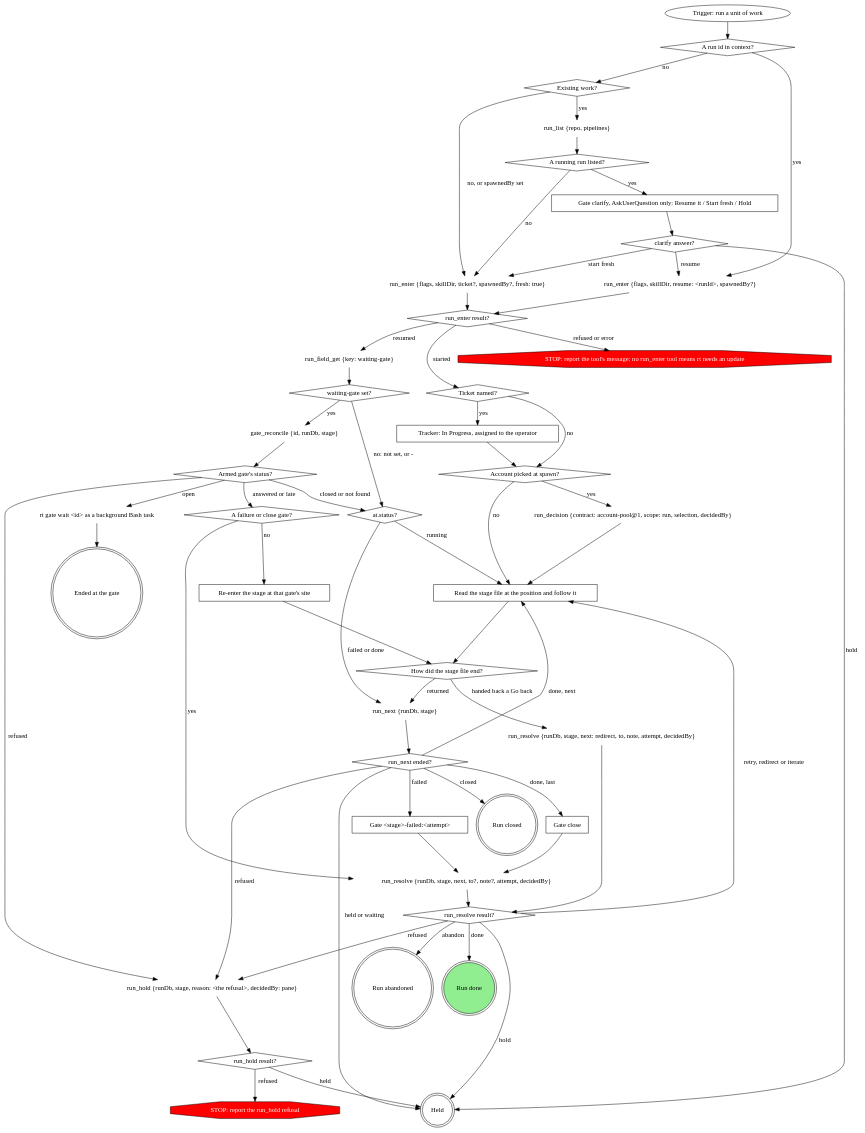
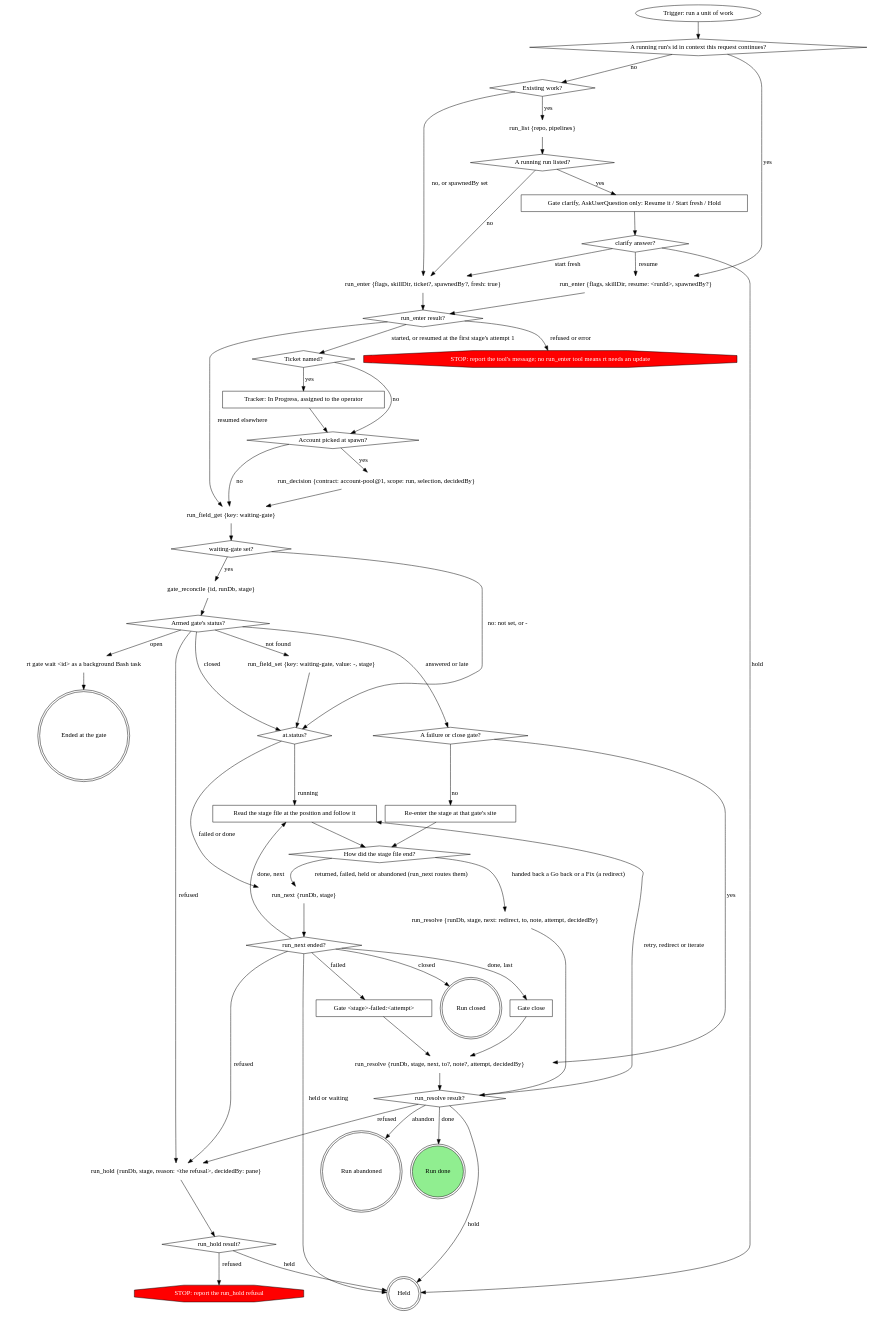
One commit to m4ttstack/mattstack changed the diagram in plugins/mattstack/attachments/pipeline/work/SKILL.md. Above: the diagram before and after it, drawn with Graphviz. The commit also changed other lines of this file, not shown here.

Commit message:
work: final-review fixes
Stage endings route failed, held and abandoned through run_next and a
watch-ci Fix through run_resolve; only a running run's id resumes; a
herd-started run takes the Ticket and Account steps; a not-found armed
gate clears waiting-gate; resume re-enters at the write-in diamond.

````diff
--- a/plugins/mattstack/attachments/pipeline/work/SKILL.md
+++ b/plugins/mattstack/attachments/pipeline/work/SKILL.md
@@ -32,7 +32,7 @@
 ```dot
 digraph work {
     "Trigger: run a unit of work" [shape=ellipse];
-    "A run id in context?" [shape=diamond];
+    "A running run's id in context this request continues?" [shape=diamond];
     "Existing work?" [shape=diamond];
     "run_list {repo, pipelines}" [shape=plaintext];
     "A running run listed?" [shape=diamond];
@@ -49,6 +49,7 @@
     "run_field_get {key: waiting-gate}" [shape=plaintext];
     "waiting-gate set?" [shape=diamond];
     "gate_reconcile {id, runDb, stage}" [shape=plaintext];
+    "run_field_set {key: waiting-gate, value: -, stage}" [shape=plaintext];
     "Armed gate's status?" [shape=diamond];
     "A failure or close gate?" [shape=diamond];
     "rt gate wait <id> as a background Bash task" [shape=plaintext];
@@ -72,9 +73,9 @@
     "Run abandoned" [shape=doublecircle];
     "Run done" [shape=doublecircle style=filled fillcolor=lightgreen];
 
-    "Trigger: run a unit of work" -> "A run id in context?";
-    "A run id in context?" -> "run_enter {flags, skillDir, resume: <runId>, spawnedBy?}" [label="yes"];
-    "A run id in context?" -> "Existing work?" [label="no"];
+    "Trigger: run a unit of work" -> "A running run's id in context this request continues?";
+    "A running run's id in context this request continues?" -> "run_enter {flags, skillDir, resume: <runId>, spawnedBy?}" [label="yes"];
+    "A running run's id in context this request continues?" -> "Existing work?" [label="no"];
     "Existing work?" -> "run_list {repo, pipelines}" [label="yes"];
     "Existing work?" -> "run_enter {flags, skillDir, ticket?, spawnedBy?, fresh: true}" [label="no, or spawnedBy set"];
     "run_list {repo, pipelines}" -> "A running run listed?";
@@ -86,22 +87,25 @@
     "clarify answer?" -> "Held" [label="hold"];
     "run_enter {flags, skillDir, resume: <runId>, spawnedBy?}" -> "run_enter result?";
     "run_enter {flags, skillDir, ticket?, spawnedBy?, fresh: true}" -> "run_enter result?";
-    "run_enter result?" -> "Ticket named?" [label="started"];
-    "run_enter result?" -> "run_field_get {key: waiting-gate}" [label="resumed"];
+    "run_enter result?" -> "Ticket named?" [label="started, or resumed at the first stage's attempt 1"];
+    "run_enter result?" -> "run_field_get {key: waiting-gate}" [label="resumed elsewhere"];
     "run_enter result?" -> "STOP: report the tool's message; no run_enter tool means rt needs an update" [label="refused or error"];
     "Ticket named?" -> "Tracker: In Progress, assigned to the operator" [label="yes"];
     "Ticket named?" -> "Account picked at spawn?" [label="no"];
     "Tracker: In Progress, assigned to the operator" -> "Account picked at spawn?";
     "Account picked at spawn?" -> "run_decision {contract: account-pool@1, scope: run, selection, decidedBy}" [label="yes"];
-    "Account picked at spawn?" -> "Read the stage file at the position and follow it" [label="no"];
-    "run_decision {contract: account-pool@1, scope: run, selection, decidedBy}" -> "Read the stage file at the position and follow it" -> "How did the stage file end?";
+    "Account picked at spawn?" -> "run_field_get {key: waiting-gate}" [label="no"];
+    "run_decision {contract: account-pool@1, scope: run, selection, decidedBy}" -> "run_field_get {key: waiting-gate}";
+    "Read the stage file at the position and follow it" -> "How did the stage file end?";
     "run_field_get {key: waiting-gate}" -> "waiting-gate set?";
     "waiting-gate set?" -> "gate_reconcile {id, runDb, stage}" [label="yes"];
     "waiting-gate set?" -> "at.status?" [label="no: not set, or -"];
     "gate_reconcile {id, runDb, stage}" -> "Armed gate's status?";
     "Armed gate's status?" -> "A failure or close gate?" [label="answered or late"];
     "Armed gate's status?" -> "rt gate wait <id> as a background Bash task" [label="open"];
-    "Armed gate's status?" -> "at.status?" [label="closed or not found"];
+    "Armed gate's status?" -> "at.status?" [label="closed"];
+    "Armed gate's status?" -> "run_field_set {key: waiting-gate, value: -, stage}" [label="not found"];
+    "run_field_set {key: waiting-gate, value: -, stage}" -> "at.status?";
     "Armed gate's status?" -> "run_hold {runDb, stage, reason: <the refusal>, decidedBy: pane}" [label="refused"];
     "A failure or close gate?" -> "run_resolve {runDb, stage, next, to?, note?, attempt, decidedBy}" [label="yes"];
     "A failure or close gate?" -> "Re-enter the stage at that gate's site" [label="no"];
@@ -109,8 +113,8 @@
     "Re-enter the stage at that gate's site" -> "How did the stage file end?";
     "at.status?" -> "Read the stage file at the position and follow it" [label="running"];
     "at.status?" -> "run_next {runDb, stage}" [label="failed or done"];
-    "How did the stage file end?" -> "run_next {runDb, stage}" [label="returned"];
-    "How did the stage file end?" -> "run_resolve {runDb, stage, next: redirect, to, note, attempt, decidedBy}" [label="handed back a Go back"];
+    "How did the stage file end?" -> "run_next {runDb, stage}" [label="returned, failed, held or abandoned (run_next routes them)"];
+    "How did the stage file end?" -> "run_resolve {runDb, stage, next: redirect, to, note, attempt, decidedBy}" [label="handed back a Go back or a Fix (a redirect)"];
     "run_next {runDb, stage}" -> "run_next ended?";
     "run_next ended?" -> "Read the stage file at the position and follow it" [label="done, next"];
     "run_next ended?" -> "Gate close" [label="done, last"];
````
